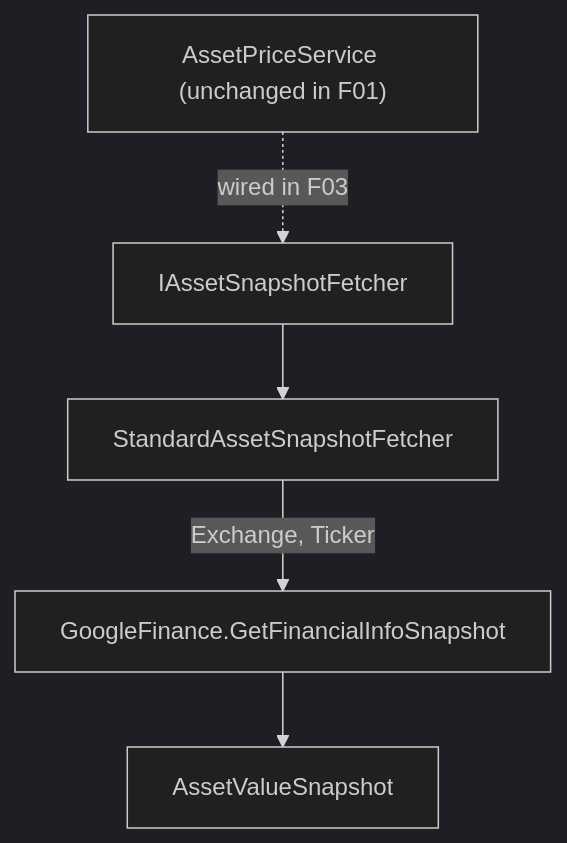
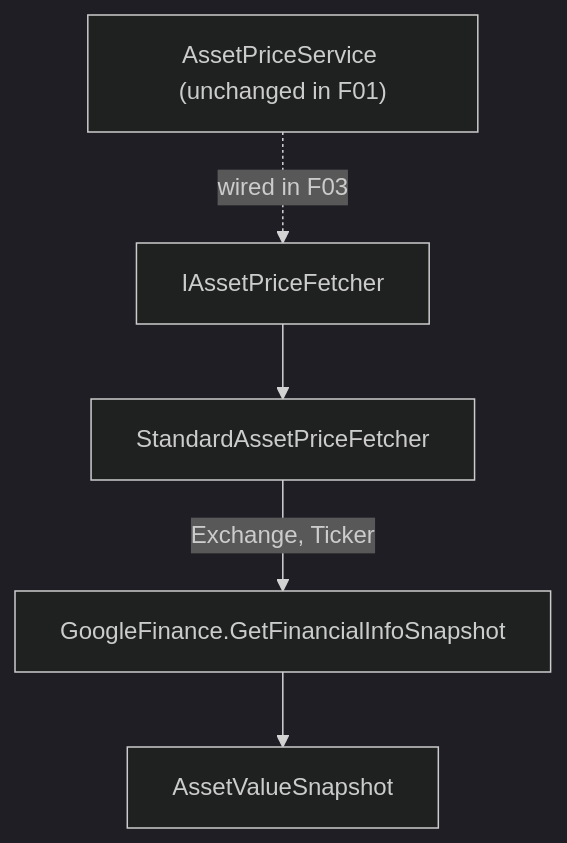
The diagram in docs/P08-F01-asset-snapshot-fetcher-contract-standard-fetcher/spec.md (ggibellato/Financial), drawn with Mermaid (dark theme) before and after one commit. The commit also changed other lines of this file and 6 other files, not shown here.

First line of the commit message:
refactor(P08-F01): rename IAssetSnapshotFetcher to IAssetPriceFetcher

````diff
--- a/docs/P08-F01-asset-snapshot-fetcher-contract-standard-fetcher/spec.md
+++ b/docs/P08-F01-asset-snapshot-fetcher-contract-standard-fetcher/spec.md
@@ -21,7 +21,7 @@
 ```mermaid
 graph TD
-    A["AssetPriceService (unchanged in F01)"] -.->|"wired in F03"| B[IAssetSnapshotFetcher]
-    B --> C[StandardAssetSnapshotFetcher]
+    A["AssetPriceService (unchanged in F01)"] -.->|"wired in F03"| B[IAssetPriceFetcher]
+    B --> C[StandardAssetPriceFetcher]
     C -->|"Exchange, Ticker"| D["GoogleFinance.GetFinancialInfoSnapshot"]
     D --> E[AssetValueSnapshot]
 ```
````
